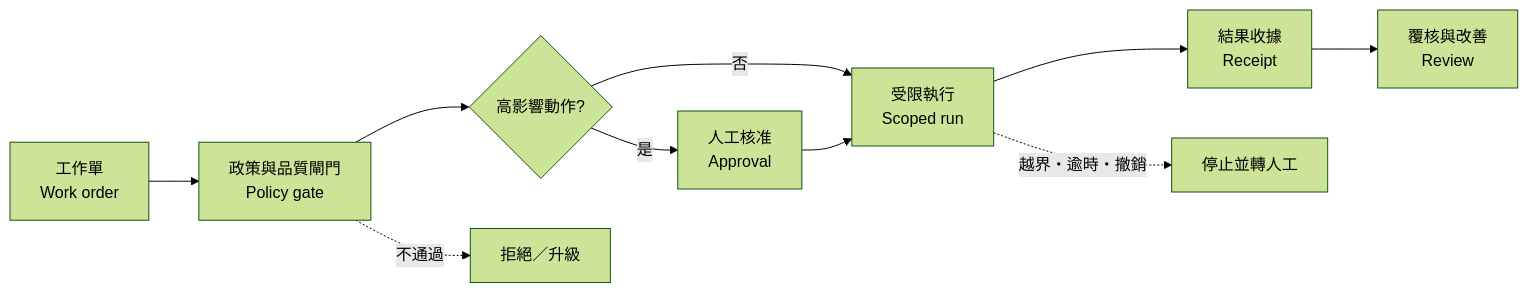
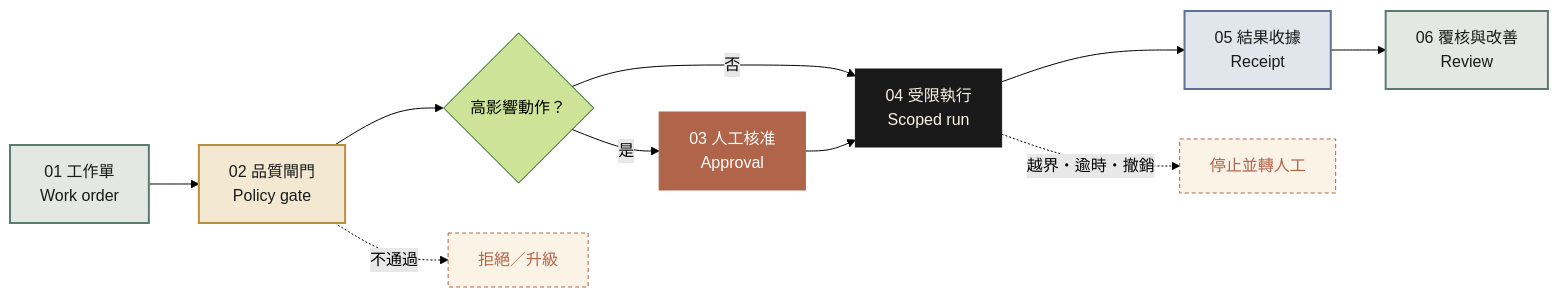
Before and after one commit to AMPM-AIOPS-HQ/agent-operations-governance-framework: the second of 2 diagrams in README.md, drawn with Mermaid (forest theme). The commit also changed other lines of this file and 2 other files, not shown here.

````diff
--- a/README.md
+++ b/README.md
@@ -70,12 +198,18 @@
 ```mermaid
 flowchart LR
-  A[工作單<br/>Work order] --> B[政策與品質閘門<br/>Policy gate]
-  B --> C{高影響動作?}
-  C -- 是 --> D[人工核准<br/>Approval]
-  C -- 否 --> E[受限執行<br/>Scoped run]
+  A["01 工作單<br/>Work order"]:::sage --> B["02 品質閘門<br/>Policy gate"]:::ochre
+  B --> C{"高影響動作？"}
+  C -- 是 --> D["03 人工核准<br/>Approval"]:::terra
+  C -- 否 --> E["04 受限執行<br/>Scoped run"]:::ink
   D --> E
-  E --> F[結果收據<br/>Receipt]
-  F --> G[覆核與改善<br/>Review]
-  B -. 不通過 .-> X[拒絕／升級]
-  E -. 越界・逾時・撤銷 .-> Y[停止並轉人工]
+  E --> F["05 結果收據<br/>Receipt"]:::slate
+  F --> G["06 覆核與改善<br/>Review"]:::sage
+  B -. 不通過 .-> X["拒絕／升級"]:::stop
+  E -. 越界・逾時・撤銷 .-> Y["停止並轉人工"]:::stop
+  classDef sage fill:#E3E8E2,stroke:#5B7A72,stroke-width:2px,color:#1A1A1A
+  classDef ochre fill:#F3E9D3,stroke:#B8913F,stroke-width:2px,color:#1A1A1A
+  classDef terra fill:#B0644A,stroke:#B0644A,color:#FFFDF8
+  classDef ink fill:#1A1A1A,stroke:#1A1A1A,color:#FBF3E6
+  classDef slate fill:#E1E5EC,stroke:#5E7391,stroke-width:2px,color:#1A1A1A
+  classDef stop fill:#FBF3E6,stroke:#B0644A,stroke-dasharray:4 3,color:#B0644A
 ```
````
